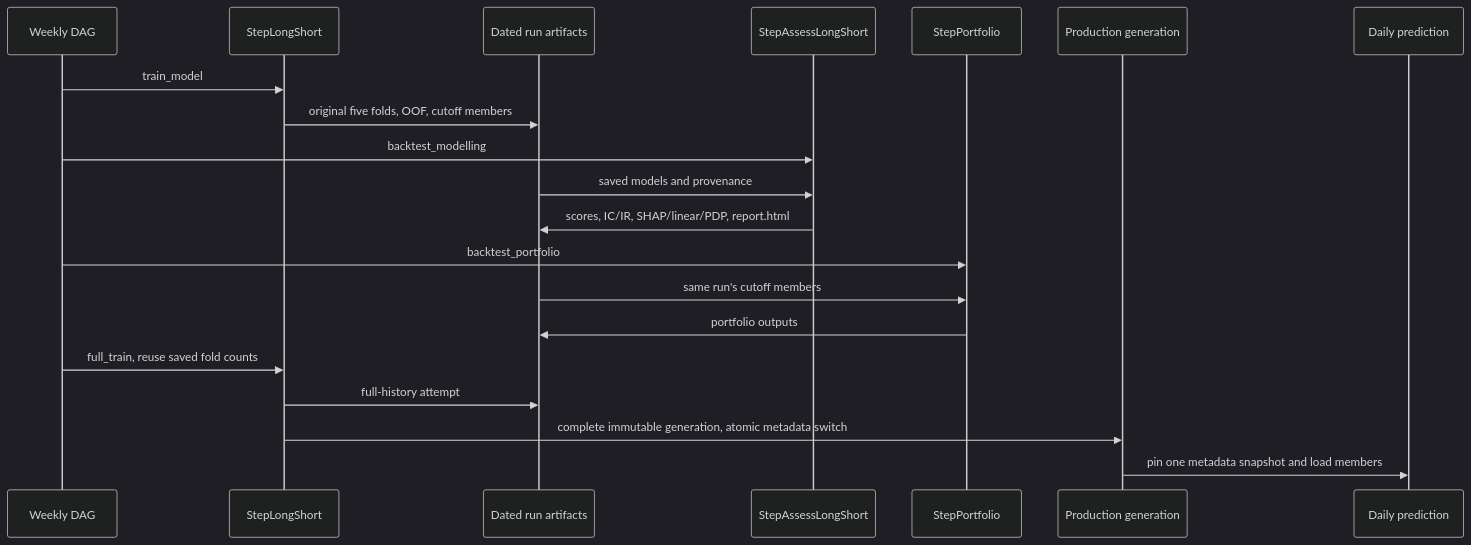
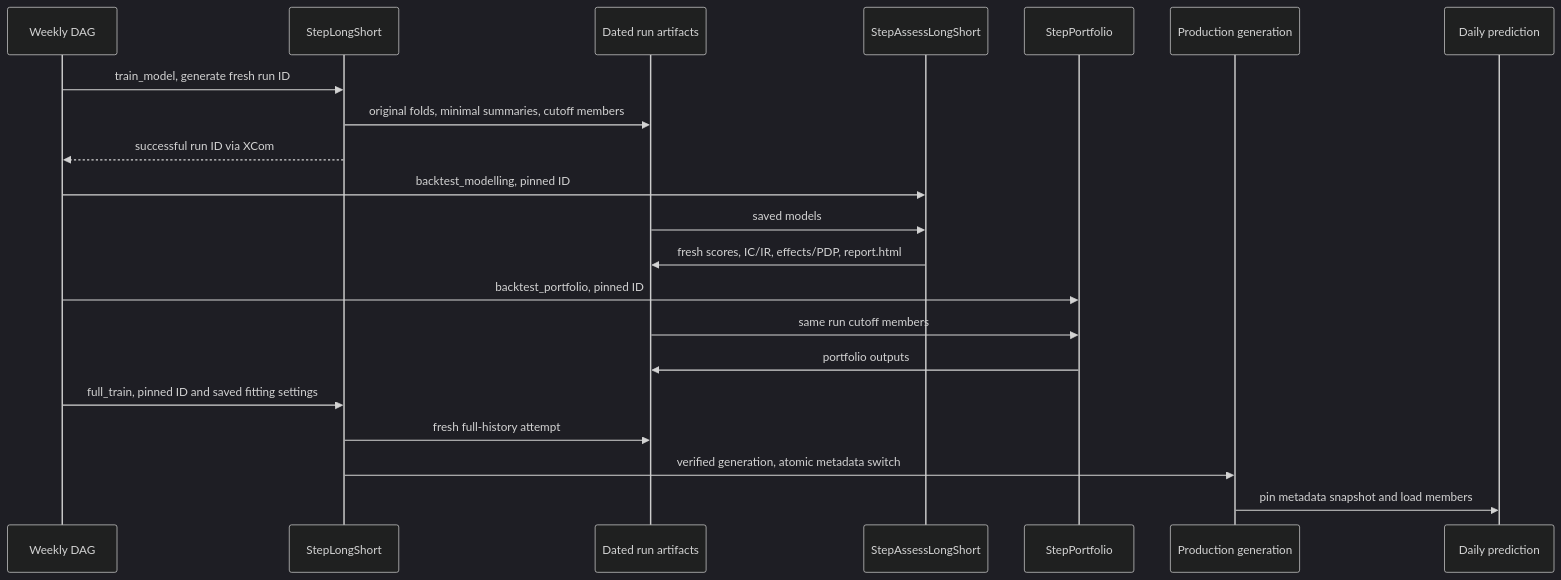
One commit to alexandredelarrard/PEA changed the diagram in wiki/flows/model-training-and-prediction.md. Above: the diagram before and after it, drawn with Mermaid (dark theme). The commit also changed other lines of this file and 6 other files, not shown here.

```diff
--- a/wiki/flows/model-training-and-prediction.md
+++ b/wiki/flows/model-training-and-prediction.md
@@ -16,22 +16,23 @@
 ~~~mermaid
 sequenceDiagram
   participant Weekly as Weekly DAG
   participant Train as StepLongShort
   participant Files as Dated run artifacts
   participant Assess as StepAssessLongShort
   participant Portfolio as StepPortfolio
   participant Production as Production generation
   participant Daily as Daily prediction
-  Weekly->>Train: train_model
-  Train->>Files: original five folds, OOF, cutoff members
-  Weekly->>Assess: backtest_modelling
-  Files->>Assess: saved models and provenance
-  Assess->>Files: scores, IC/IR, SHAP/linear/PDP, report.html
-  Weekly->>Portfolio: backtest_portfolio
-  Files->>Portfolio: same run's cutoff members
+  Weekly->>Train: train_model, generate fresh run ID
+  Train->>Files: original folds, minimal summaries, cutoff members
+  Train-->>Weekly: successful run ID via XCom
+  Weekly->>Assess: backtest_modelling, pinned ID
+  Files->>Assess: saved models
+  Assess->>Files: fresh scores, IC/IR, effects/PDP, report.html
+  Weekly->>Portfolio: backtest_portfolio, pinned ID
+  Files->>Portfolio: same run cutoff members
   Portfolio->>Files: portfolio outputs
-  Weekly->>Train: full_train, reuse saved fold counts
-  Train->>Files: full-history attempt
-  Train->>Production: complete immutable generation, atomic metadata switch
-  Production->>Daily: pin one metadata snapshot and load members
+  Weekly->>Train: full_train, pinned ID and saved fitting settings
+  Train->>Files: fresh full-history attempt
+  Train->>Production: verified generation, atomic metadata switch
+  Production->>Daily: pin metadata snapshot and load members
 ~~~
```
